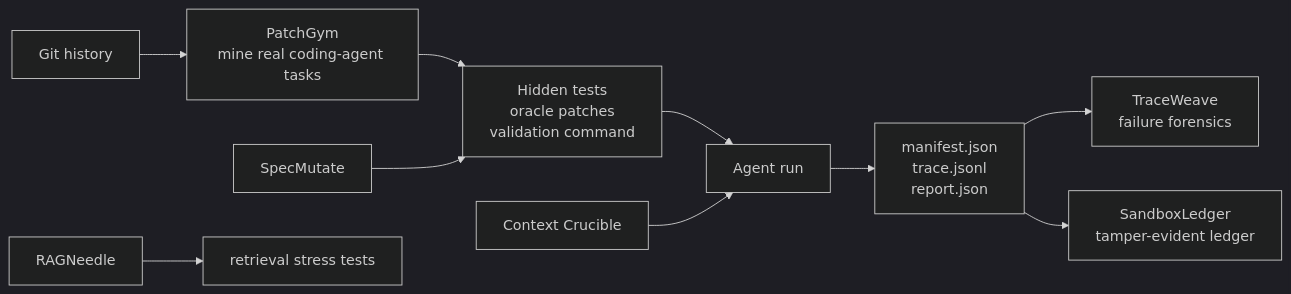
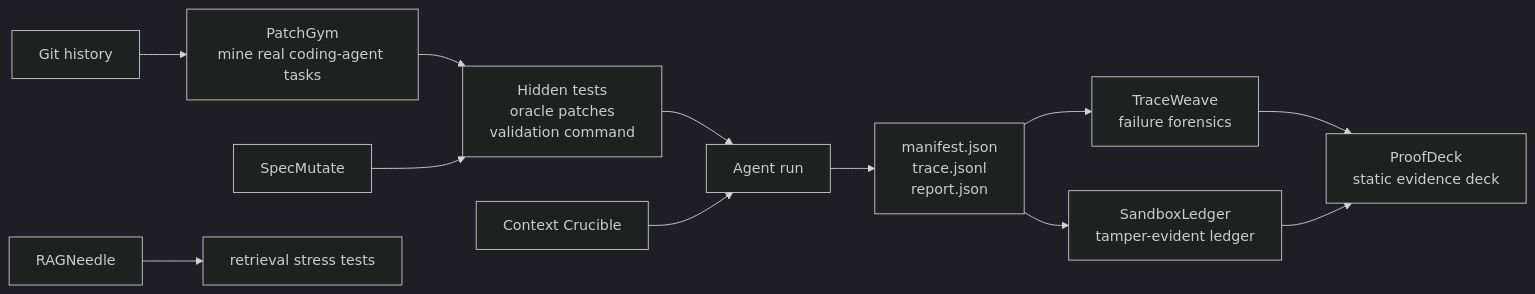
Before and after one commit to nripankadas07/nripankadas07: the diagram in README.md, drawn with Mermaid (dark theme). The commit also changed other lines of this file and 3 other files, not shown here.

Commit message:
Add ProofDeck to profile story

````diff
--- a/README.md
+++ b/README.md
@@ -17,12 +17,14 @@
 ```mermaid
 flowchart LR
   A["Git history"] --> B["PatchGym<br/>mine real coding-agent tasks"]
   B --> C["Hidden tests<br/>oracle patches<br/>validation command"]
   C --> D["Agent run"]
   D --> E["manifest.json<br/>trace.jsonl<br/>report.json"]
   E --> F["TraceWeave<br/>failure forensics"]
   E --> G["SandboxLedger<br/>tamper-evident ledger"]
+  F --> L["ProofDeck<br/>static evidence deck"]
+  G --> L
   H["Context Crucible"] --> D
   I["SpecMutate"] --> C
   J["RAGNeedle"] --> K["retrieval stress tests"]
 ```
````
